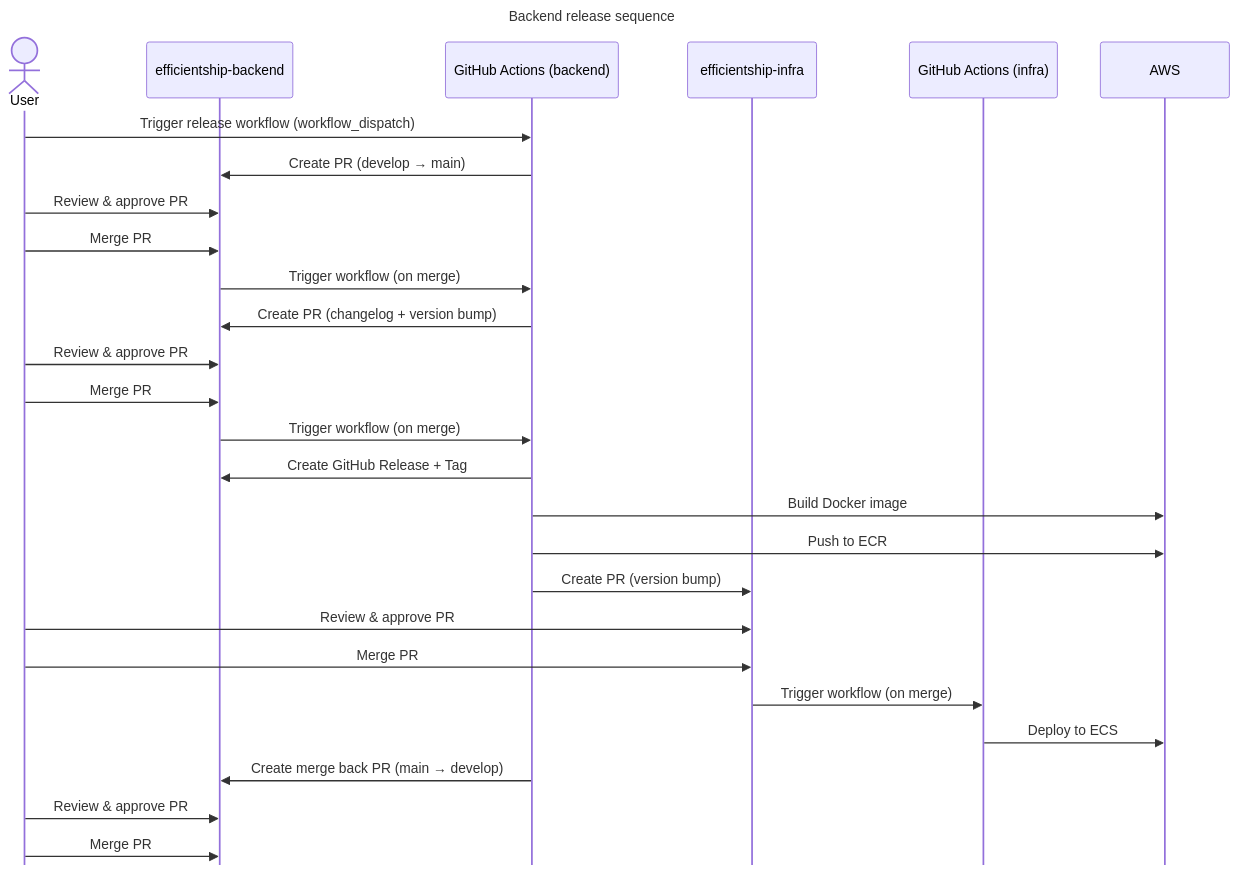
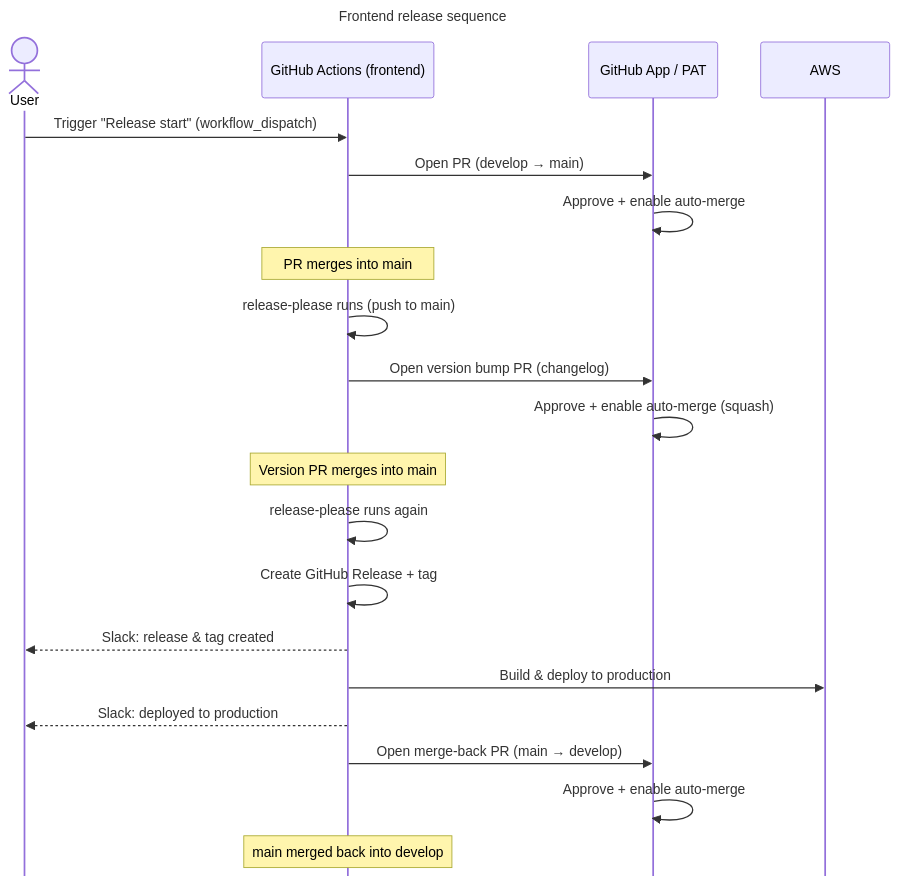
The second of 4 diagrams in README.md (dev-seb/github-action-test-backend), drawn with Mermaid before and after one commit. The commit also changed other lines of this file, not shown here.

````diff
--- a/README.md
+++ b/README.md
@@ -59,53 +87,40 @@
 ```mermaid
 ---
-title: Backend release sequence
+title: Frontend release sequence
 config:
   mirrorActors: false
 ---
 sequenceDiagram
     actor User
-    participant Backend as efficientship-backend
-    participant GA_Backend as GitHub Actions (backend)
-    participant Infra as efficientship-infra
-    participant GA_Infra as GitHub Actions (infra)
+    participant GHA as GitHub Actions (frontend)
+    participant Bot as GitHub App / PAT
     participant AWS
 
-    %% Start release
-    User->>GA_Backend: Trigger release workflow (workflow_dispatch)
-    GA_Backend->>Backend: Create PR (develop → main)
+    %% Start release (only manual step)
+    User->>GHA: Trigger "Release start" (workflow_dispatch)
+    GHA->>Bot: Open PR (develop → main)
 
-    %% First PR
-    User->>Backend: Review & approve PR
-    User->>Backend: Merge PR
+    %% Auto-merge into main
+    Bot->>Bot: Approve + enable auto-merge
+    Note over GHA: PR merges into main
 
-    %% Versioning PR
-    Backend->>GA_Backend: Trigger workflow (on merge)
-    GA_Backend->>Backend: Create PR (changelog + version bump)
+    %% Version bump PR (release-please)
+    GHA->>GHA: release-please runs (push to main)
+    GHA->>Bot: Open version bump PR (changelog)
+    Bot->>Bot: Approve + enable auto-merge (squash)
+    Note over GHA: Version PR merges into main
 
-    User->>Backend: Review & approve PR
-    User->>Backend: Merge PR
+    %% Release + tag
+    GHA->>GHA: release-please runs again
+    GHA->>GHA: Create GitHub Release + tag
+    GHA-->>User: Slack: release & tag created
 
-    %% Release
-    Backend->>GA_Backend: Trigger workflow (on merge)
-    GA_Backend->>Backend: Create GitHub Release + Tag
+    %% Deploy directly (no infra repo)
+    GHA->>AWS: Build & deploy to production
+    GHA-->>User: Slack: deployed to production
 
-    %% Build & deploy backend
-    GA_Backend->>AWS: Build Docker image
-    GA_Backend->>AWS: Push to ECR
-
-    %% Infra update
-    GA_Backend->>Infra: Create PR (version bump)
-
-    User->>Infra: Review & approve PR
-    User->>Infra: Merge PR
-
-    %% Deploy infra
-    Infra->>GA_Infra: Trigger workflow (on merge)
-    GA_Infra->>AWS: Deploy to ECS
-
-    %% Merge back PR
-    GA_Backend->>Backend: Create merge back PR (main → develop)
-
-    User->>Backend: Review & approve PR
-    User->>Backend: Merge PR
+    %% Merge back
+    GHA->>Bot: Open merge-back PR (main → develop)
+    Bot->>Bot: Approve + enable auto-merge
+    Note over GHA: main merged back into develop
 ```
````
